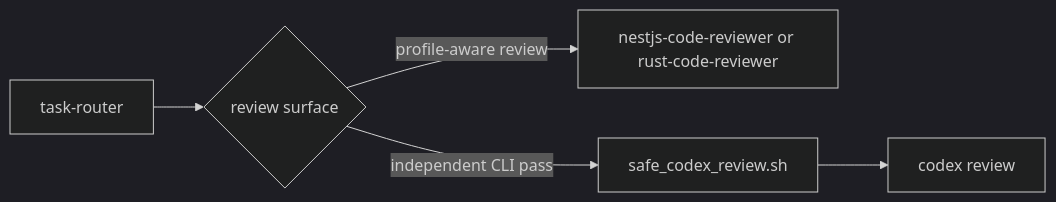
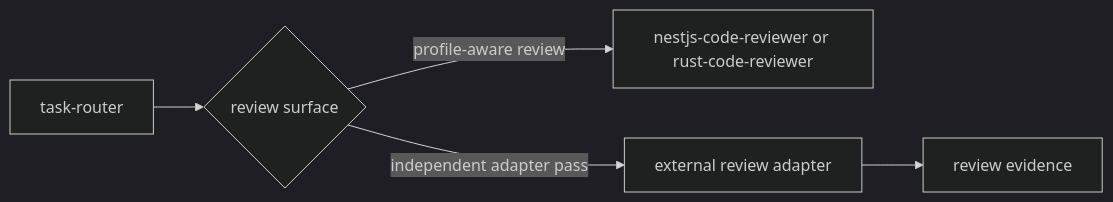
One commit to HoanDo95/CodexMinimal changed the sixth of 8 diagrams in README.md. Above: the diagram before and after it, drawn with Mermaid (dark theme). The commit also changed other lines of this file and 29 other files, not shown here.

````diff
--- a/README.md
+++ b/README.md
@@ -112,7 +112,7 @@
 ```mermaid
 flowchart LR
     A[task-router] --> B{review surface}
     B -->|profile-aware review| C[nestjs-code-reviewer or rust-code-reviewer]
-    B -->|independent CLI pass| D[safe_codex_review.sh]
-    D --> E[codex review]
+    B -->|independent adapter pass| D[external review adapter]
+    D --> E[review evidence]
 ```
````
